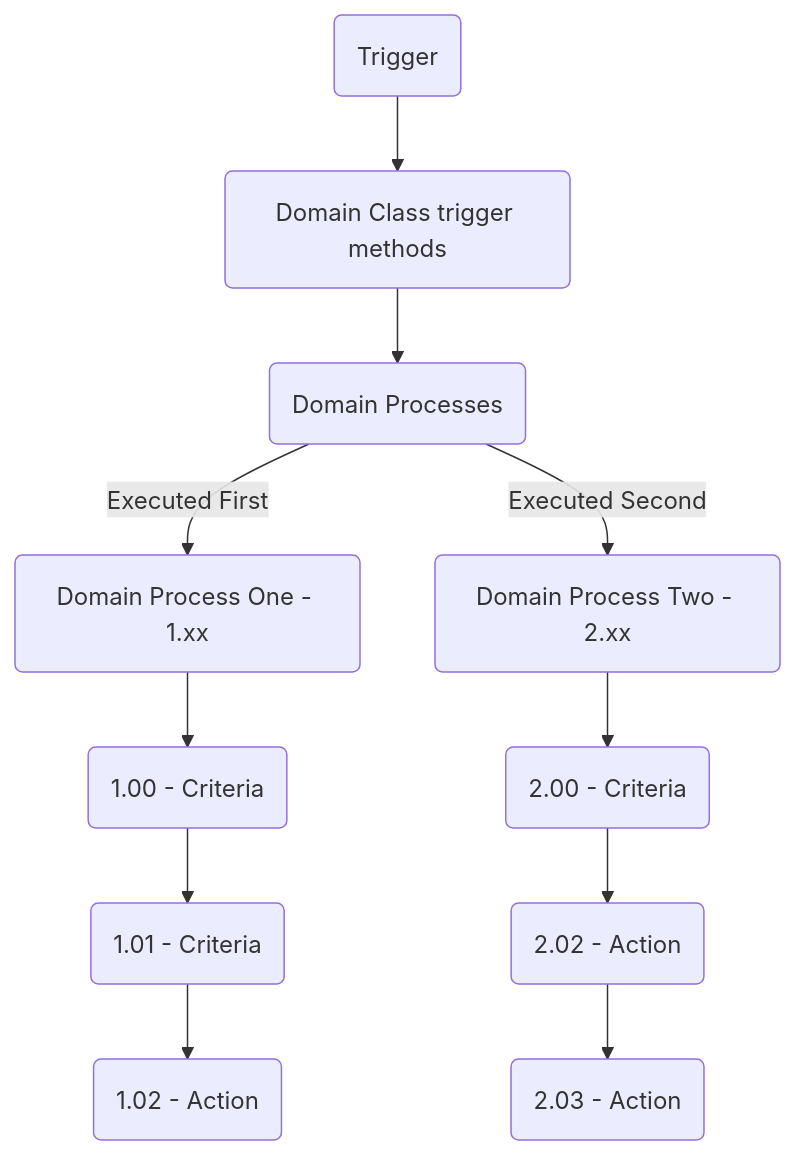
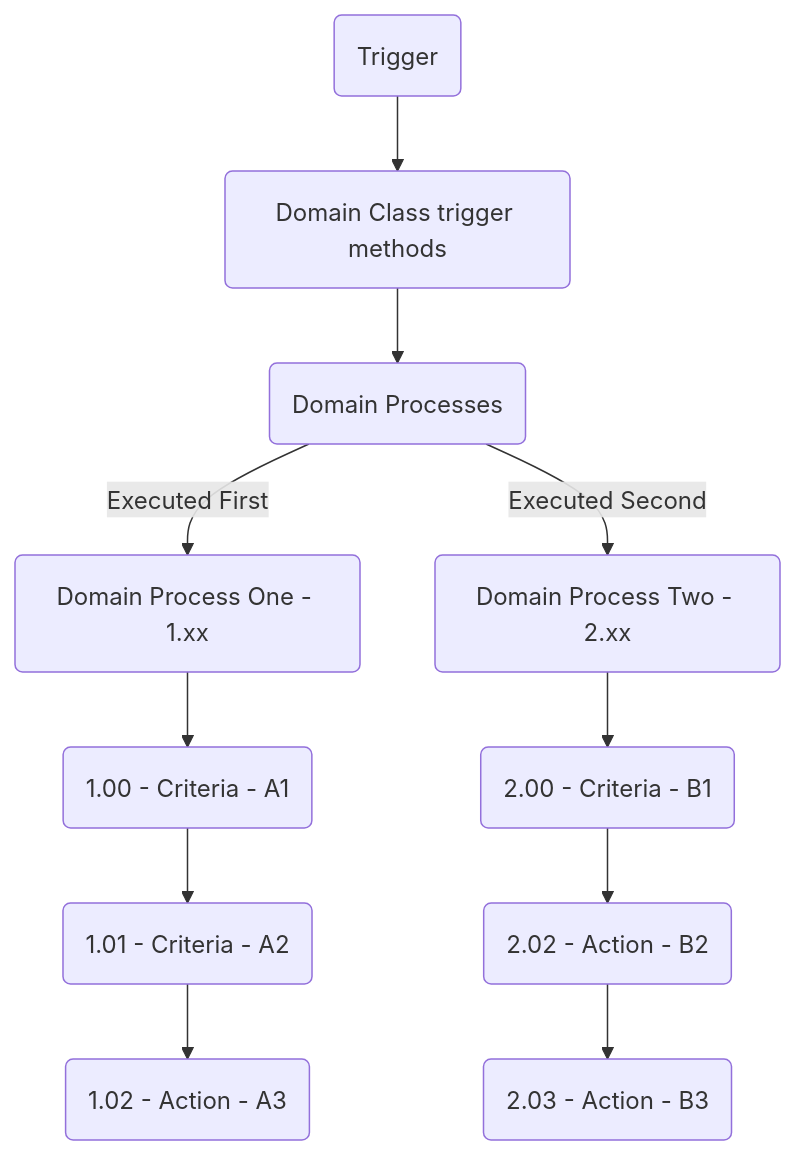
The second of 2 diagrams in docs/Domains.md (apex-enterprise-patterns/at4dx), drawn with Mermaid before and after one commit. The commit also changed other lines of this file, not shown here.

````diff
--- a/docs/Domains.md
+++ b/docs/Domains.md
@@ -76,23 +97,23 @@
 ```mermaid
 flowchart TD;
     A(Trigger)-->
     B(Domain Class trigger methods)-->
     C(Domain Processes);
     
     D(Domain Process One - 1.xx);
     E(Domain Process Two - 2.xx);
     
     C--Executed First-->D;
     C--Executed Second-->E;
     
     D-->
-    F(1.00 - Criteria)-->
-    G(1.01 - Criteria)-->
-    H(1.02 - Action);
+    F(1.00 - Criteria - A1)-->
+    G(1.01 - Criteria - A2)-->
+    H(1.02 - Action - A3);
     
     E-->
-    I(2.00 - Criteria)-->
-    J(2.02 - Action)-->
-    K(2.03 - Action);
+    I(2.00 - Criteria - B1)-->
+    J(2.02 - Action - B2)-->
+    K(2.03 - Action - B3);
 
 ```
````
